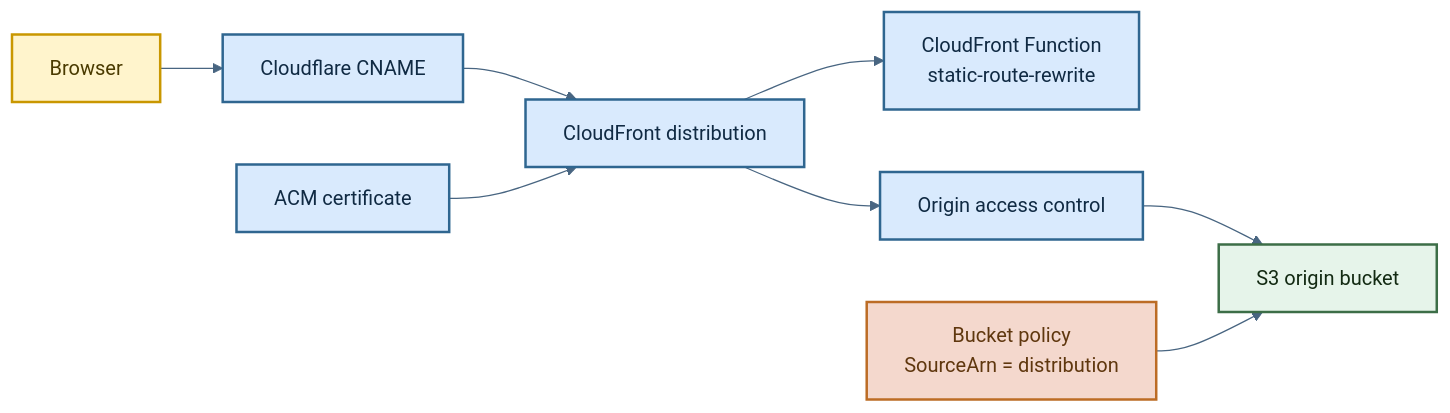
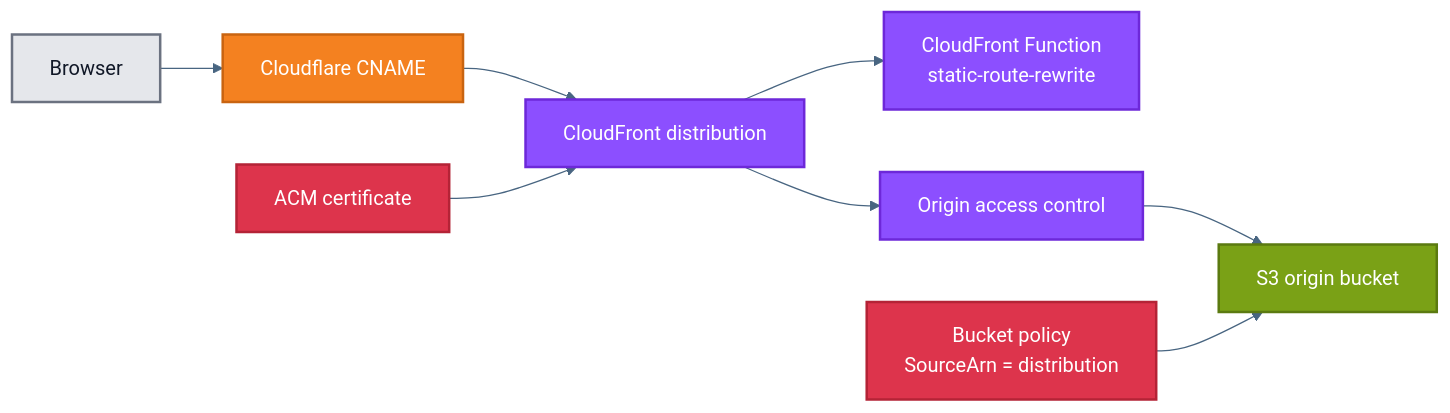
One commit to reiganarmstrong/check-split-mono changed the first of 2 diagrams in infra/modules/static-website-hosting/cloudfront-cdn/README.md. Above: the diagram before and after it, drawn with Mermaid. The commit also changed other lines of this file and 9 other files, not shown here.

First line of the commit message:
docs(readme): align architecture diagrams and hosting docs

````diff
--- a/infra/modules/static-website-hosting/cloudfront-cdn/README.md
+++ b/infra/modules/static-website-hosting/cloudfront-cdn/README.md
@@ -25,31 +27,35 @@
 ```mermaid
 ---
 config:
   theme: base
   themeVariables:
     primaryColor: "#D9EAFD"
     primaryTextColor: "#102A43"
     primaryBorderColor: "#2F6690"
     lineColor: "#486581"
     secondaryColor: "#E6F4EA"
     tertiaryColor: "#FFF4CC"
 ---
 flowchart LR
   U["Browser"] --> D["Cloudflare CNAME"]
   D --> CF["CloudFront distribution"]
   CF --> F["CloudFront Function<br/>static-route-rewrite"]
   CF --> OAC["Origin access control"]
   OAC --> S3["S3 origin bucket"]
   BP["Bucket policy<br/>SourceArn = distribution"] --> S3
   ACM["ACM certificate"] --> CF
 
-  classDef user fill:#FFF4CC,stroke:#C99700,color:#4A3A00,stroke-width:2px;
-  classDef edge fill:#D9EAFD,stroke:#2F6690,color:#102A43,stroke-width:2px;
-  classDef storage fill:#E6F4EA,stroke:#3C6E47,color:#132A13,stroke-width:2px;
-  classDef policy fill:#F4D8CD,stroke:#BC6C25,color:#5F370E,stroke-width:2px;
+  classDef user fill:#E5E7EB,stroke:#6B7280,color:#111827,stroke-width:2px;
+  classDef cloudflare fill:#F48120,stroke:#C96410,color:#FFFFFF,stroke-width:2px;
+  classDef cloudfront fill:#8C4FFF,stroke:#6D28D9,color:#FFFFFF,stroke-width:2px;
+  classDef s3 fill:#7AA116,stroke:#5B7A10,color:#FFFFFF,stroke-width:2px;
+  classDef iam fill:#DD344C,stroke:#B42336,color:#FFFFFF,stroke-width:2px;
+  classDef acm fill:#DD344C,stroke:#B42336,color:#FFFFFF,stroke-width:2px;
 
   class U user;
-  class D,CF,F,OAC,ACM edge;
-  class S3 storage;
-  class BP policy;
+  class D cloudflare;
+  class CF,F,OAC cloudfront;
+  class S3 s3;
+  class BP iam;
+  class ACM acm;
 ```
````
